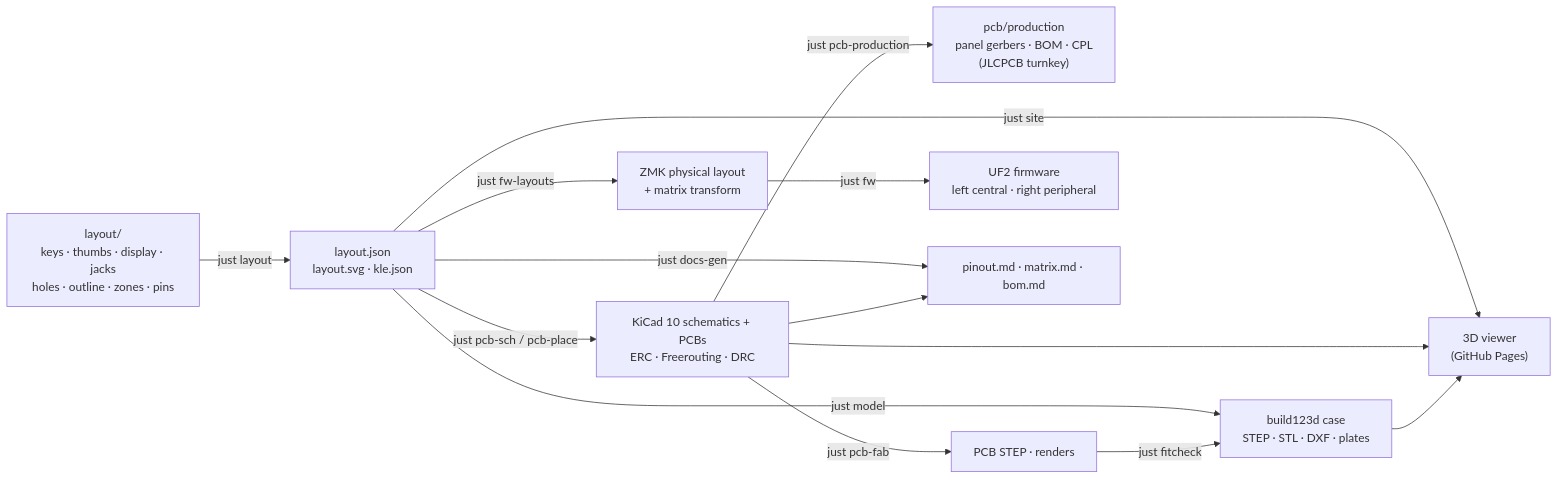
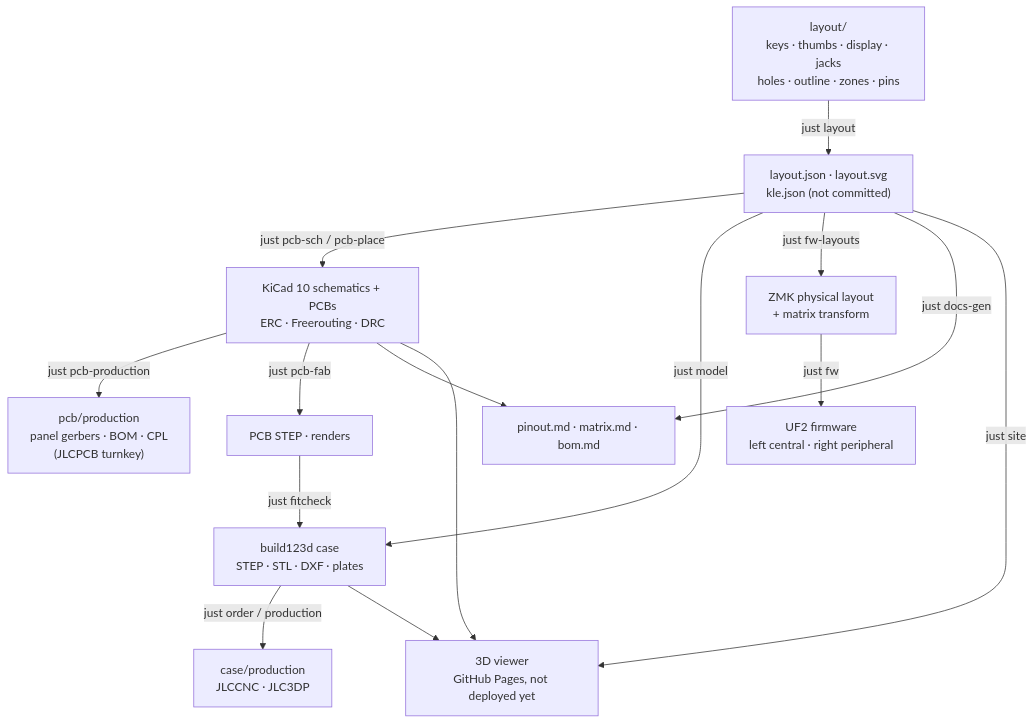
Before and after one commit to w0rxbend/worxboard: the second of 2 diagrams in README.md, drawn with Mermaid. The commit also changed other lines of this file, not shown here.

````diff
--- a/README.md
+++ b/README.md
@@ -122,16 +443,17 @@
 ```mermaid
-flowchart LR
-    L["layout/<br/>keys · thumbs · display · jacks<br/>holes · outline · zones · pins"] -->|just layout| J["layout.json<br/>layout.svg · kle.json"]
+flowchart TB
+    L["layout/<br/>keys · thumbs · display · jacks<br/>holes · outline · zones · pins"] -->|just layout| J["layout.json · layout.svg<br/>kle.json (not committed)"]
     J -->|just pcb-sch / pcb-place| P["KiCad 10 schematics + PCBs<br/>ERC · Freerouting · DRC"]
     P -->|just pcb-production| F["pcb/production<br/>panel gerbers · BOM · CPL<br/>(JLCPCB turnkey)"]
     P -->|just pcb-fab| S["PCB STEP · renders"]
     J -->|just model| C["build123d case<br/>STEP · STL · DXF · plates"]
     S -->|just fitcheck| C
+    C -->|just order / production| O["case/production<br/>JLCCNC · JLC3DP"]
     J -->|just fw-layouts| Z["ZMK physical layout<br/>+ matrix transform"]
     Z -->|just fw| U["UF2 firmware<br/>left central · right peripheral"]
     J -->|just docs-gen| D["pinout.md · matrix.md · bom.md"]
     P --> D
-    J -->|just site| W["3D viewer<br/>(GitHub Pages)"]
+    J -->|just site| W["3D viewer<br/>GitHub Pages, not deployed yet"]
     P --> W
     C --> W
 ```
````
